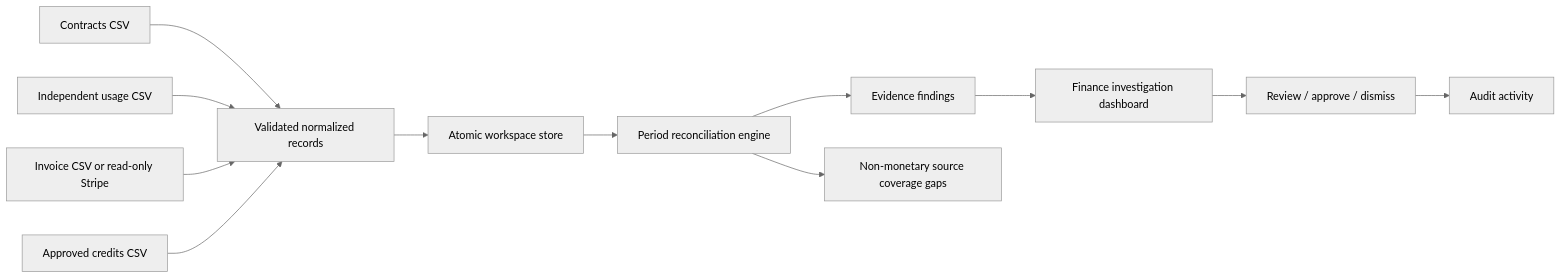
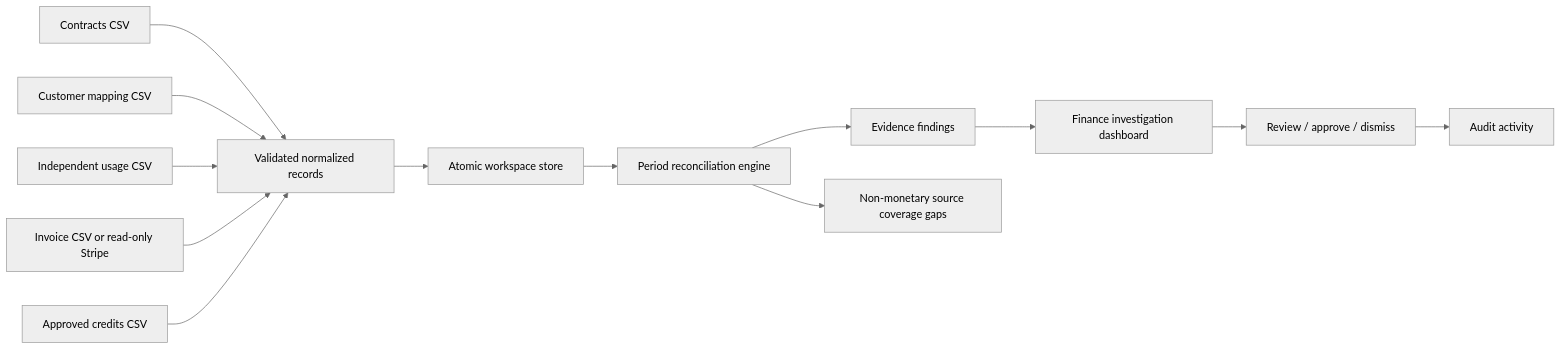
The diagram in docs/ARCHITECTURE.md (savisaluwadana/RevenueLeak-OS), drawn with Mermaid (neutral theme) before and after one commit. The commit also changed other lines of this file and 17 other files, not shown here.

````diff
--- a/docs/ARCHITECTURE.md
+++ b/docs/ARCHITECTURE.md
@@ -9,14 +9,15 @@
 ```mermaid
 flowchart LR
  A[Contracts CSV] --> D[Validated normalized records]
+ M[Customer mapping CSV] --> D
  B[Independent usage CSV] --> D
  C[Invoice CSV or read-only Stripe] --> D
  E[Approved credits CSV] --> D
  D --> F[Atomic workspace store]
  F --> G[Period reconciliation engine]
  G --> H[Evidence findings]
  G --> L[Non-monetary source coverage gaps]
  H --> I[Finance investigation dashboard]
  I --> J[Review / approve / dismiss]
  J --> K[Audit activity]
 ```
````
